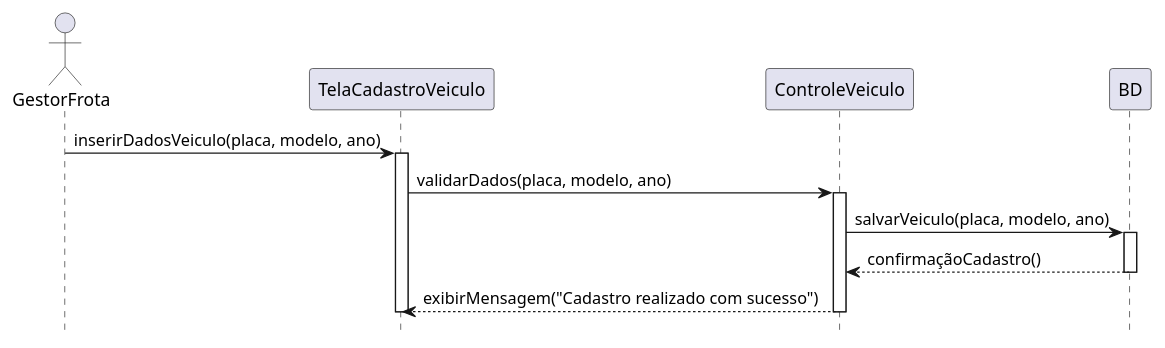
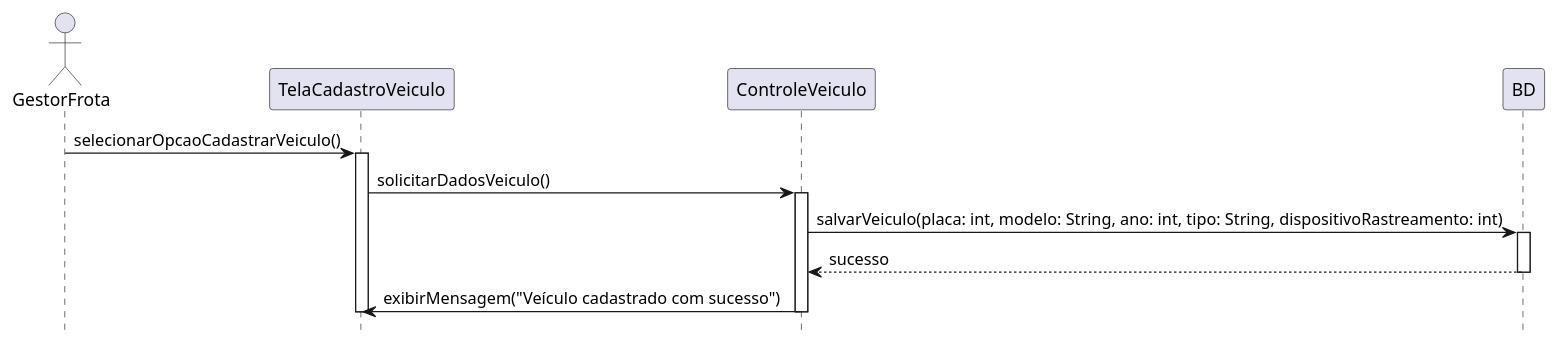
One commit to Pollyanadias/Sistema-de-Gerenciamento-de-Frotas changed the diagram in Gerenciamento de Frotas/Diagramas de Sequencias/Cadastrar Veiculo.iuml. Above: the diagram before and after it, drawn with PlantUML.

Commit message:
Update Cadastrar Veiculo.iuml

```diff
--- a/Gerenciamento de Frotas/Diagramas de Sequencias/Cadastrar Veiculo.iuml
+++ b/Gerenciamento de Frotas/Diagramas de Sequencias/Cadastrar Veiculo.iuml
@@ -1,25 +1,25 @@
 @startuml "Cadastrar Veículo"
 hide footbox
 
 actor GestorFrota as gestor_ator
 participant TelaCadastroVeiculo as tela_cadastro_veiculo
 participant ControleVeiculo as controle_veiculo
 participant BD as bd
 
-gestor_ator -> tela_cadastro_veiculo: inserirDadosVeiculo(placa, modelo, ano)
+gestor_ator -> tela_cadastro_veiculo: selecionarOpcaoCadastrarVeiculo()
 activate tela_cadastro_veiculo
 
-tela_cadastro_veiculo -> controle_veiculo: validarDados(placa, modelo, ano)
+tela_cadastro_veiculo -> controle_veiculo: solicitarDadosVeiculo()
 activate controle_veiculo
 
-controle_veiculo -> bd: salvarVeiculo(placa, modelo, ano)
+controle_veiculo -> bd: salvarVeiculo(placa: int, modelo: String, ano: int, tipo: String, dispositivoRastreamento: int)
 activate bd
 
-bd --> controle_veiculo: confirmaçãoCadastro()
+bd --> controle_veiculo: sucesso
+
 deactivate bd
-
-controle_veiculo --> tela_cadastro_veiculo: exibirMensagem("Cadastro realizado com sucesso")
+controle_veiculo -> tela_cadastro_veiculo: exibirMensagem("Veículo cadastrado com sucesso")
 deactivate controle_veiculo
 
 deactivate tela_cadastro_veiculo
 @enduml
```
